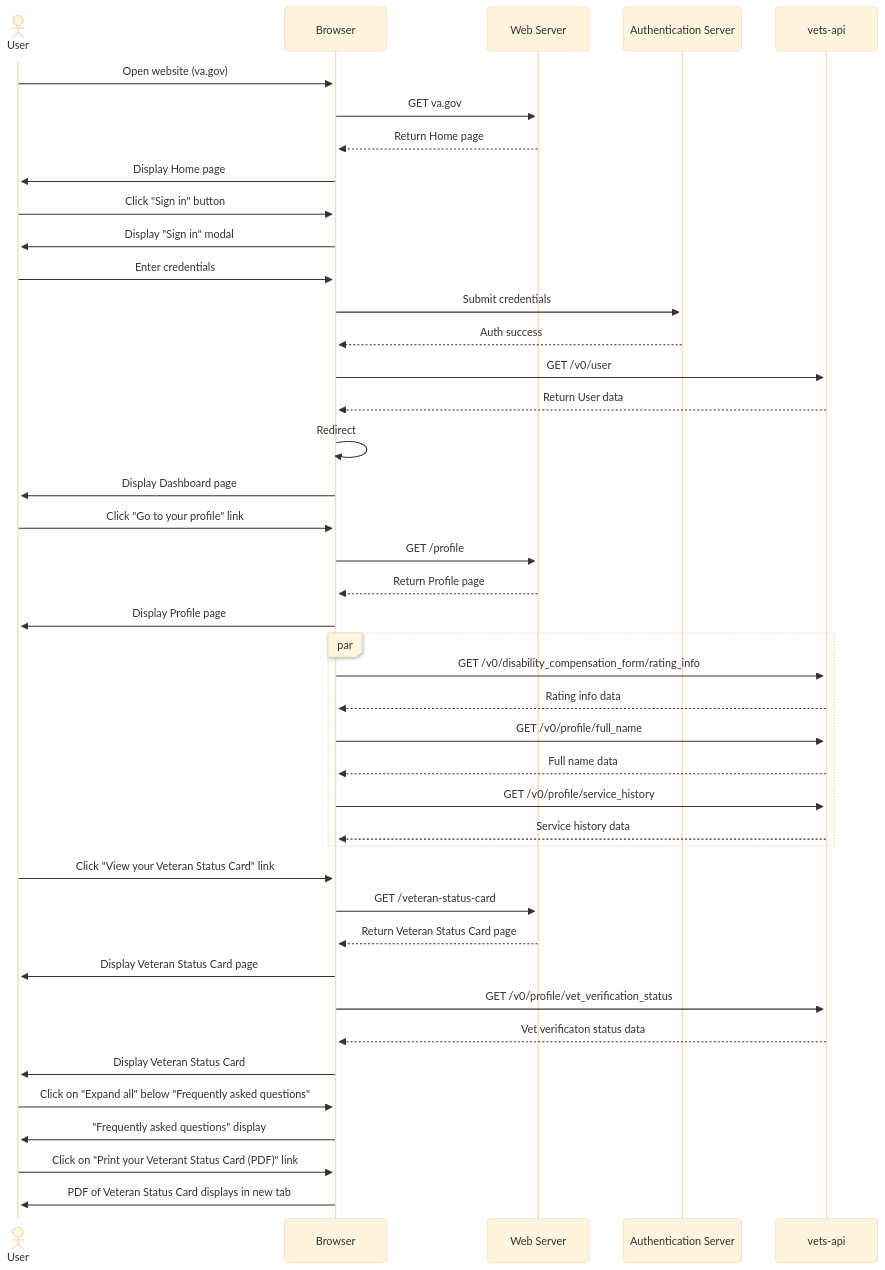
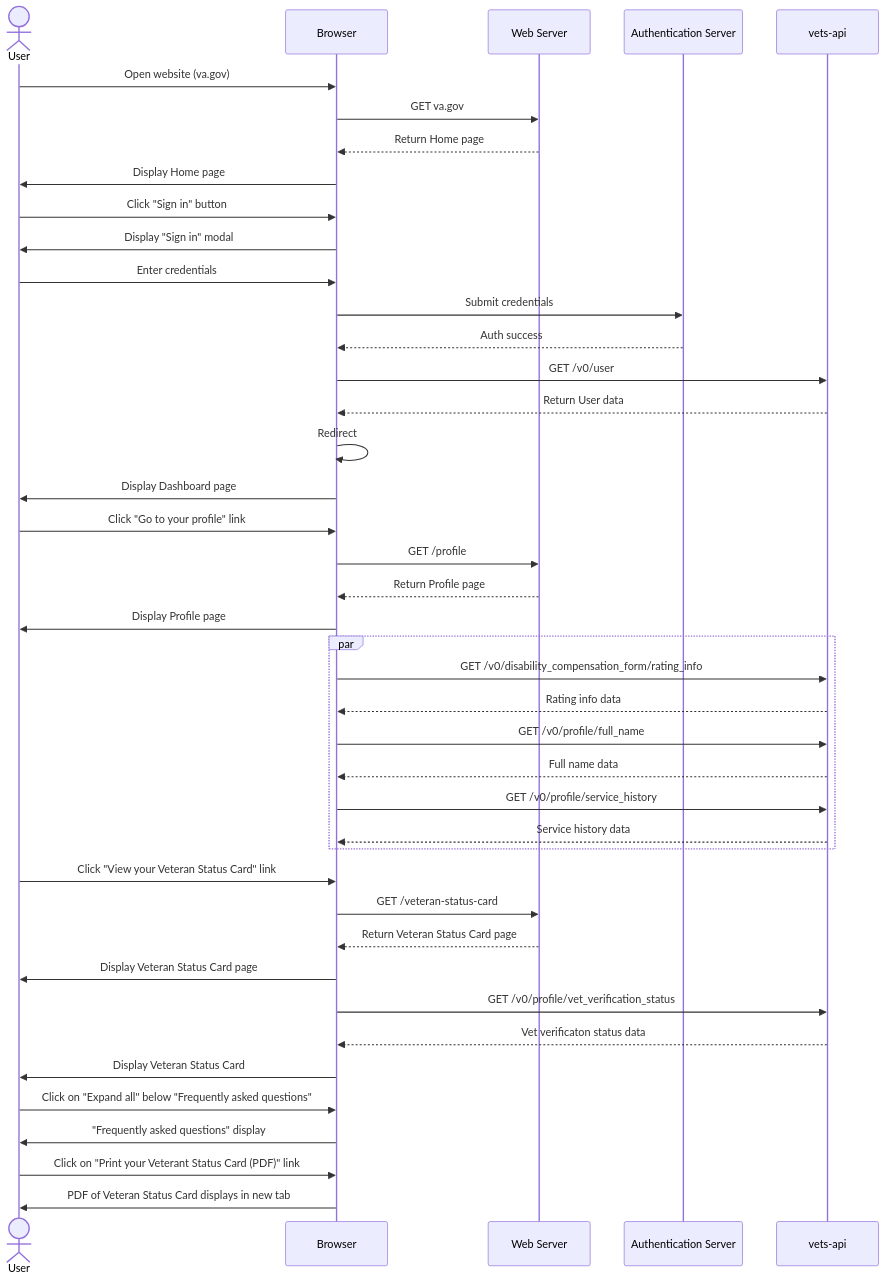
Before and after one commit to department-of-veterans-affairs/va-mobile-feature-support: the diagram in mermaid/vsc-sequence-diagram.md, drawn with Mermaid.

````diff
--- a/mermaid/vsc-sequence-diagram.md
+++ b/mermaid/vsc-sequence-diagram.md
@@ -1,49 +1,44 @@
 ```mermaid
----
-config:
-  theme: base
-  look: neo
----
 sequenceDiagram
     actor User
     participant Browser
     participant WebServer as Web Server
     participant AuthenticationServer as Authentication Server
     participant vets-api
     User->>Browser: Open website (va.gov)
     Browser->>WebServer: GET va.gov
     WebServer-->>Browser: Return Home page
     Browser->>User: Display Home page
     User->>Browser: Click "Sign in" button
     Browser->>User: Display "Sign in" modal
     User->>Browser: Enter credentials
     Browser->>AuthenticationServer: Submit credentials
     AuthenticationServer-->>Browser: Auth success
     Browser->>vets-api: GET /v0/user
     vets-api-->>Browser: Return User data
     Browser->>Browser: Redirect
     Browser->>User: Display Dashboard page
     User->>Browser: Click "Go to your profile" link
     Browser->>WebServer: GET /profile
     WebServer-->>Browser: Return Profile page
     Browser->>User: Display Profile page
     par
         Browser->>vets-api: GET /v0/disability_compensation_form/rating_info
         vets-api-->>Browser: Rating info data
         Browser->>vets-api: GET /v0/profile/full_name
         vets-api-->>Browser: Full name data
         Browser->>vets-api: GET /v0/profile/service_history
         vets-api-->>Browser: Service history data
     end
     User->>Browser: Click "View your Veteran Status Card" link
     Browser->>WebServer: GET /veteran-status-card
     WebServer-->>Browser: Return Veteran Status Card page
     Browser->>User: Display Veteran Status Card page
         Browser->>vets-api: GET /v0/profile/vet_verification_status
         vets-api-->>Browser: Vet verificaton status data
     Browser->>User: Display Veteran Status Card
     User->>Browser: Click on "Expand all" below "Frequently asked questions"
     Browser->>User: "Frequently asked questions" display
     User->>Browser: Click on "Print your Veterant Status Card (PDF)" link
     Browser->>User: PDF of Veteran Status Card displays in new tab
 ```
````
